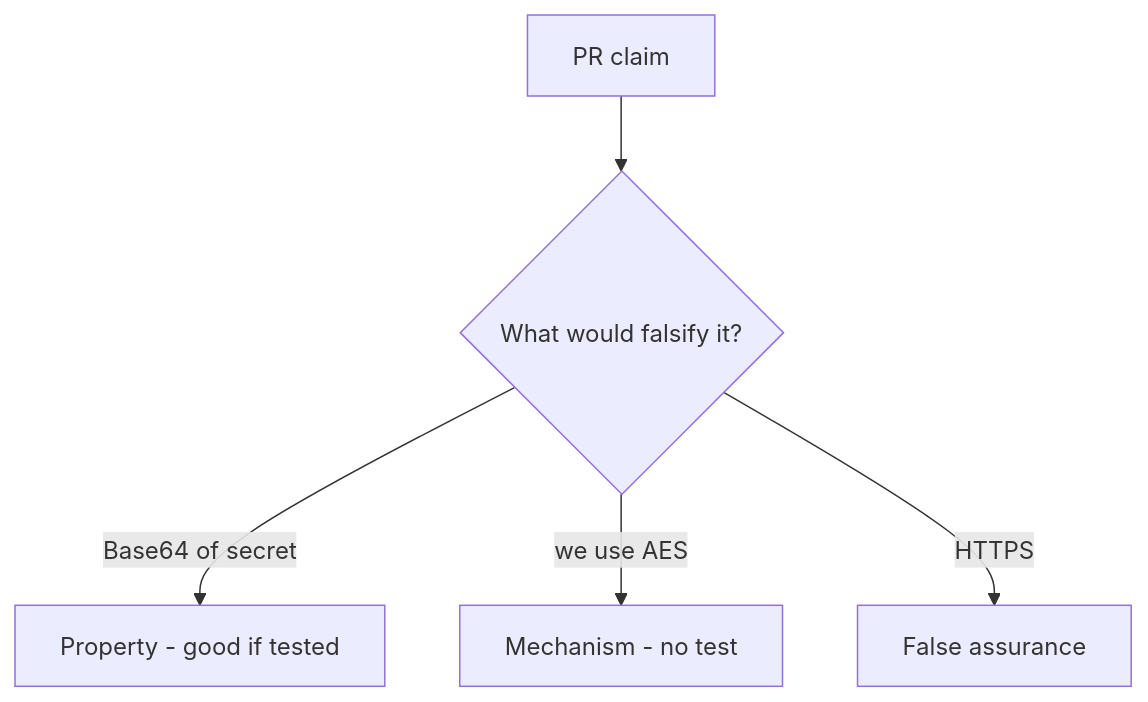
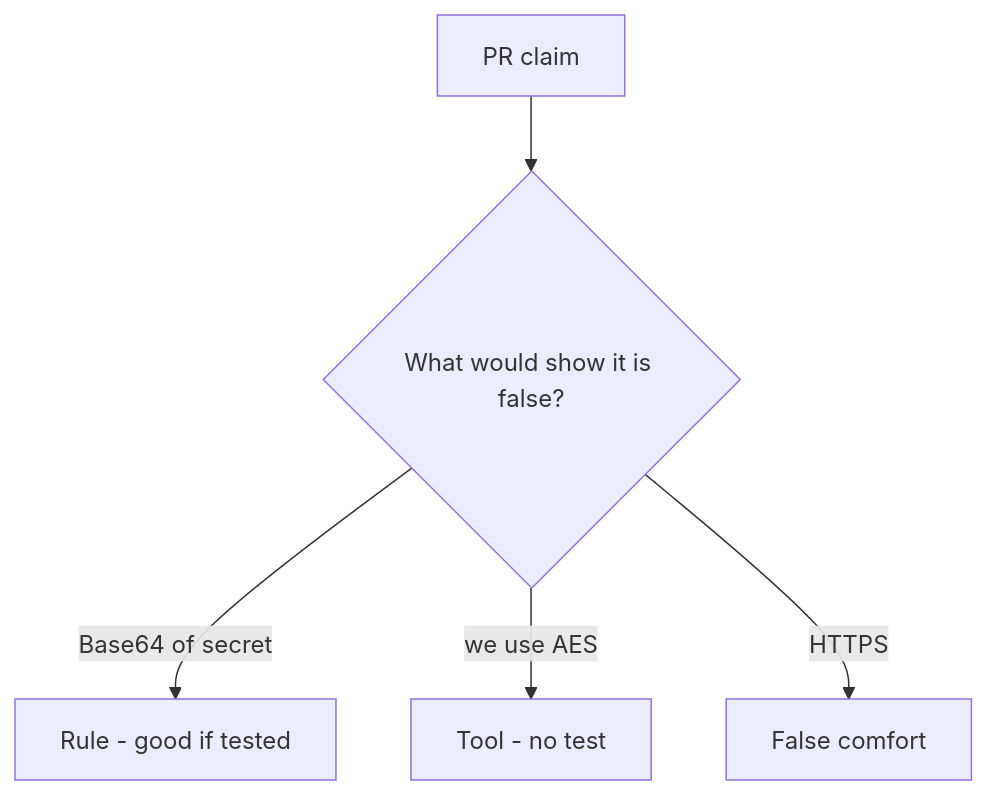
Before and after one commit to ishitvagoel/LearnSecurity: the diagram in content/modules/5/5.2/lessons/08-review.md, drawn with Mermaid. The commit also changed other lines of this file and 39 other files, not shown here.

````diff
--- a/content/modules/5/5.2/lessons/08-review.md
+++ b/content/modules/5/5.2/lessons/08-review.md
@@ -17,7 +18,7 @@
 ```mermaid
 flowchart TD
-  Claim[PR claim] --> Q{"What would falsify it?"}
-  Q -->|"Base64 of secret"| Property["Property - good if tested"]
-  Q -->|"we use AES"| Mechanism[Mechanism - no test]
-  Q -->|"HTTPS"| False[False assurance]
+  Claim[PR claim] --> Q{"What would show it is false?"}
+  Q -->|"Base64 of secret"| Property["Rule - good if tested"]
+  Q -->|"we use AES"| Mechanism[Tool - no test]
+  Q -->|"HTTPS"| False[False comfort]
 ```
````
